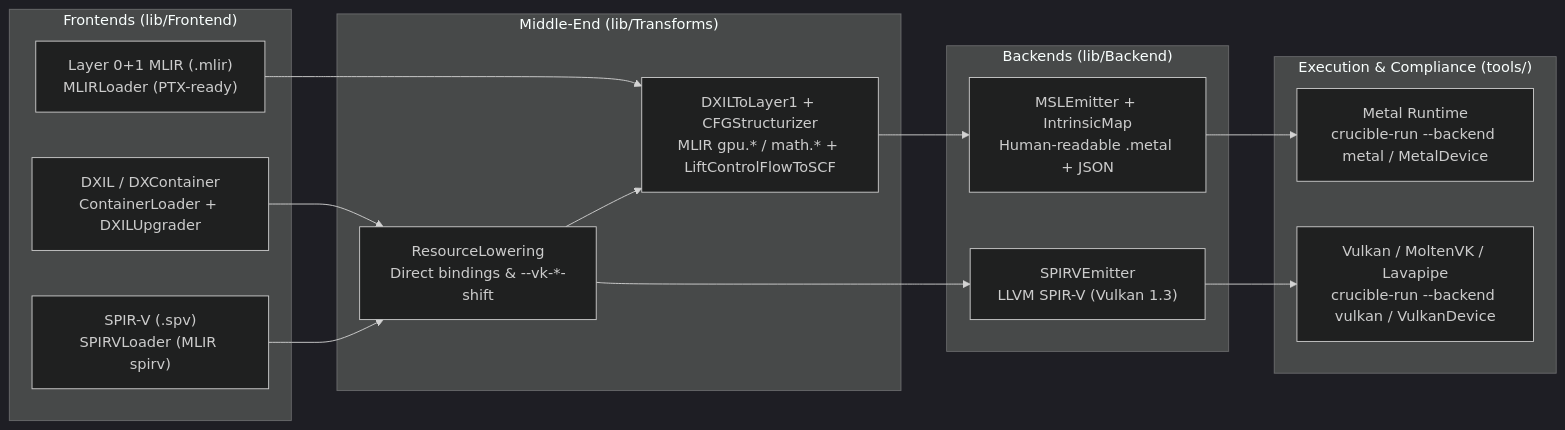
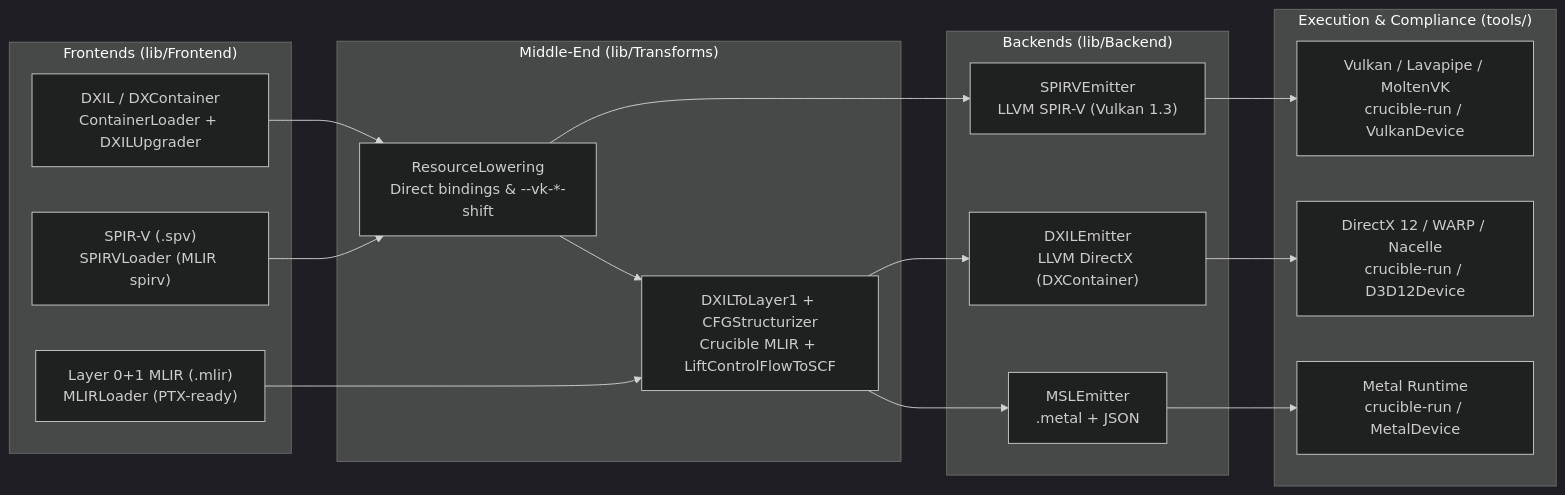
Before and after one commit to farzonl/crucible: the diagram in README.md, drawn with Mermaid (dark theme). The commit also changed other lines of this file, not shown here.

Commit message:
Trim README and document DirectX (DXIL) backend and Windows WARP support

````diff
--- a/README.md
+++ b/README.md
@@ -43,29 +46,33 @@
 ```mermaid
 flowchart LR
     subgraph Frontends["Frontends (lib/Frontend)"]
         DXIL["DXIL / DXContainer\nContainerLoader + DXILUpgrader"]
         SPVIn["SPIR-V (.spv)\nSPIRVLoader (MLIR spirv)"]
         MLIRIn["Layer 0+1 MLIR (.mlir)\nMLIRLoader (PTX-ready)"]
     end
 
     subgraph Transforms["Middle-End (lib/Transforms)"]
         Res["ResourceLowering\nDirect bindings & --vk-*-shift"]
-        L1["DXILToLayer1 + CFGStructurizer\nMLIR gpu.* / math.* + LiftControlFlowToSCF"]
+        L1["DXILToLayer1 + CFGStructurizer\nCrucible MLIR + LiftControlFlowToSCF"]
     end
 
     subgraph Backends["Backends (lib/Backend)"]
-        MSL["MSLEmitter + IntrinsicMap\nHuman-readable .metal + JSON"]
+        MSL["MSLEmitter\n.metal + JSON"]
         SPVOut["SPIRVEmitter\nLLVM SPIR-V (Vulkan 1.3)"]
+        DXILOut["DXILEmitter\nLLVM DirectX (DXContainer)"]
     end
 
     subgraph Runners["Execution & Compliance (tools/)"]
-        Metal["Metal Runtime\ncrucible-run --backend metal / MetalDevice"]
-        Vulkan["Vulkan / MoltenVK / Lavapipe\ncrucible-run --backend vulkan / VulkanDevice"]
+        Metal["Metal Runtime\ncrucible-run / MetalDevice"]
+        Vulkan["Vulkan / Lavapipe / MoltenVK\ncrucible-run / VulkanDevice"]
+        D3D12["DirectX 12 / WARP / Nacelle\ncrucible-run / D3D12Device"]
     end
 
     DXIL --> Res
     SPVIn --> Res
     MLIRIn --> L1
-    Res --> L1 --> MSL --> Metal
+    Res --> L1
+    L1 --> MSL --> Metal
     Res --> SPVOut --> Vulkan
+    L1 --> DXILOut --> D3D12
 ```
````
